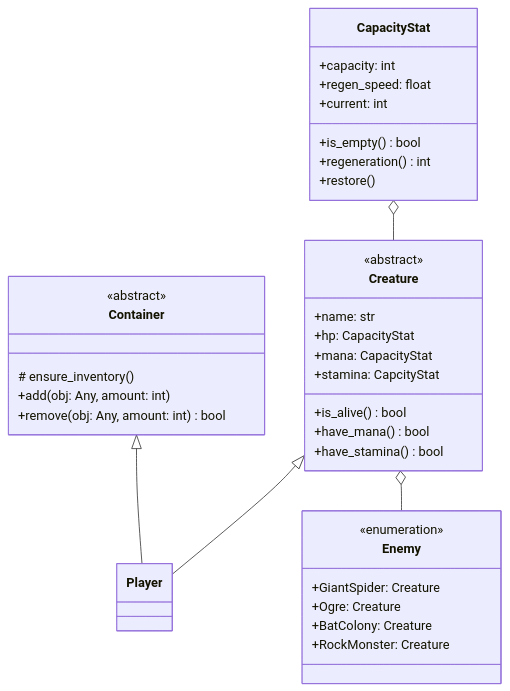
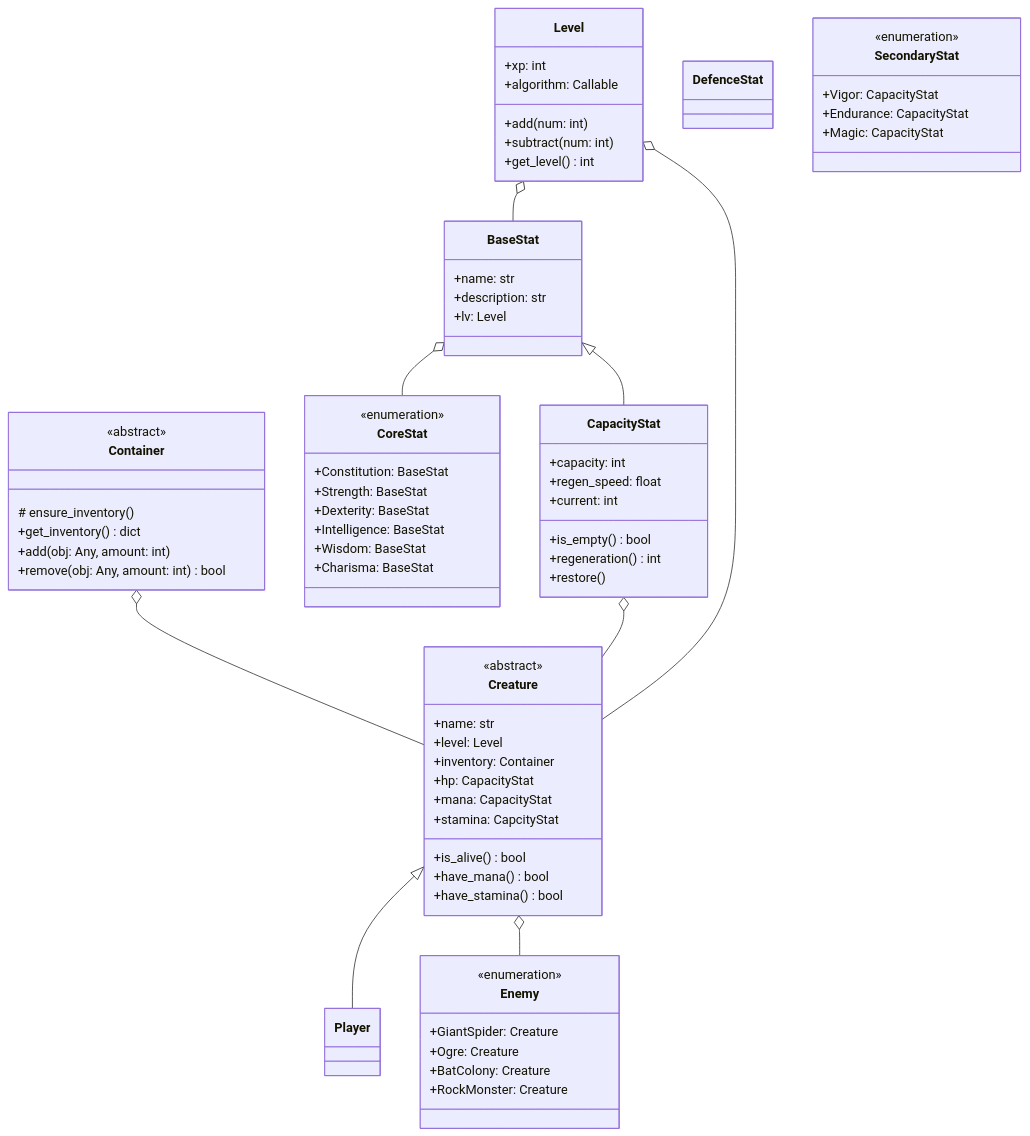
Before and after one commit to Flame753/ARPG: the diagram in Diagrams/player.md, drawn with Mermaid. The commit also changed 1 other file, not shown here.

Commit message:
Class diagrams

````diff
--- a/Diagrams/player.md
+++ b/Diagrams/player.md
@@ -1,5 +1,19 @@
 ```mermaid
 classDiagram
+    class Level{
+        +xp: int
+        +algorithm: Callable
+        +add(num: int)
+        +subtract(num: int)
+        +get_level() int
+    }
+
+    class BaseStat{
+        +name: str
+        +description: str
+        +lv: Level
+    }
+
     class CapacityStat{
         +capacity: int
         +regen_speed: float
@@ -9,9 +23,39 @@
         +restore()
     }
 
+    class DefenceStat{
+
+    }
+
+    Level o-- BaseStat
+    BaseStat <|-- CapacityStat
+
+
+    %%PrimaryStat
+    class CoreStat{
+        <<enumeration>>
+        +Constitution: BaseStat
+        +Strength: BaseStat
+        +Dexterity: BaseStat
+        +Intelligence: BaseStat
+        +Wisdom: BaseStat
+        +Charisma: BaseStat
+    }
+
+    class SecondaryStat{
+        <<enumeration>>
+        +Vigor: CapacityStat
+        +Endurance: CapacityStat
+        +Magic: CapacityStat
+    }
+
+    BaseStat o-- CoreStat
+
     class Creature{
         <<abstract>>
         +name: str
+        +level: Level
+        +inventory: Container
         +hp: CapacityStat
         +mana: CapacityStat
         +stamina: CapcityStat
@@ -31,12 +75,17 @@
     class Container{
         <<abstract>>
         # ensure_inventory()
+        +get_inventory() dict
         +add(obj: Any, amount: int)
         +remove(obj: Any, amount: int) bool
     }
 
-    Container <|-- Player
+
+
     Creature <|-- Player
+    Container o-- Creature
     CapacityStat o-- Creature
     Creature o-- Enemy
+    Level o-- Creature
+
 ```
````
